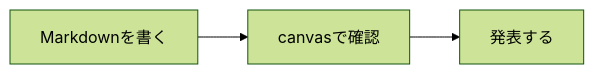
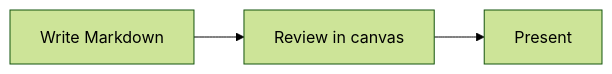
The diagram in slides.md (runceel/github-copilot-app-presentation), drawn with Mermaid (forest theme) before and after one commit. The commit also changed other lines of this file and 300 other files, not shown here.

````diff
--- a/slides.md
+++ b/slides.md
@@ -128,5 +128,5 @@
 ```mermaid
 flowchart LR
-    A[Markdownを書く] --> B[canvasで確認]
-    B --> C[発表する]
+    A[Write Markdown] --> B[Review in canvas]
+    B --> C[Present]
 ```
````
